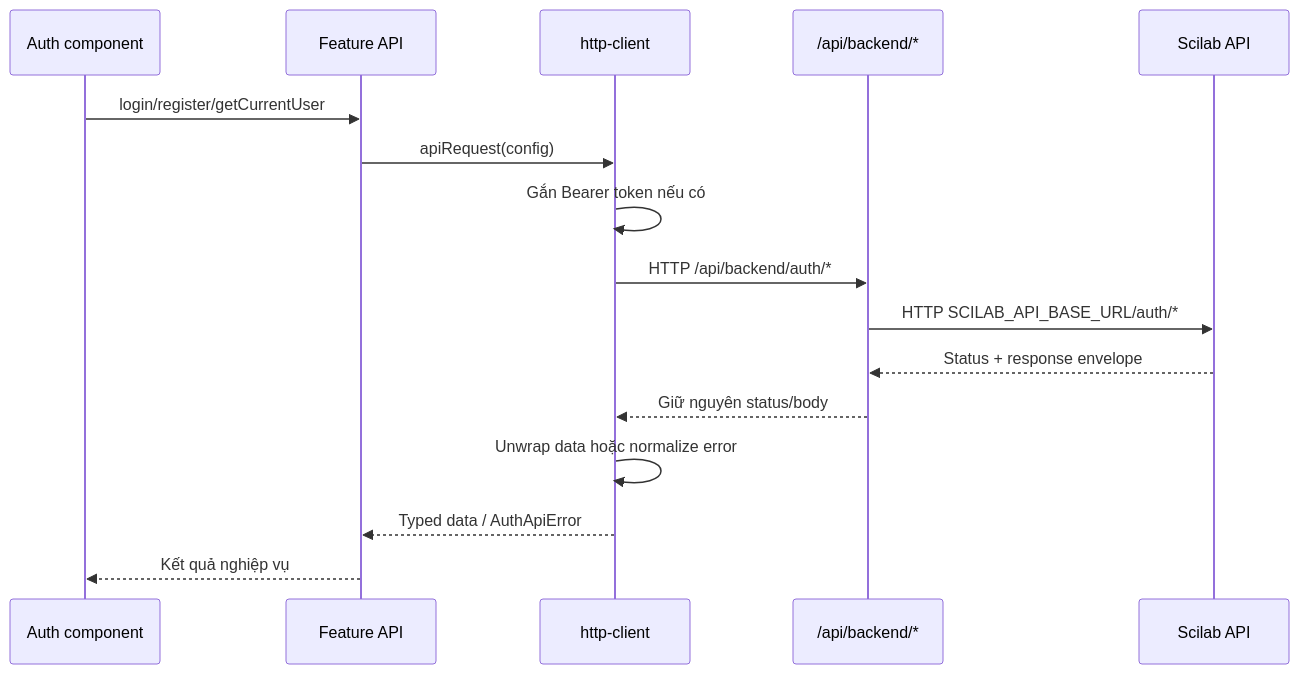
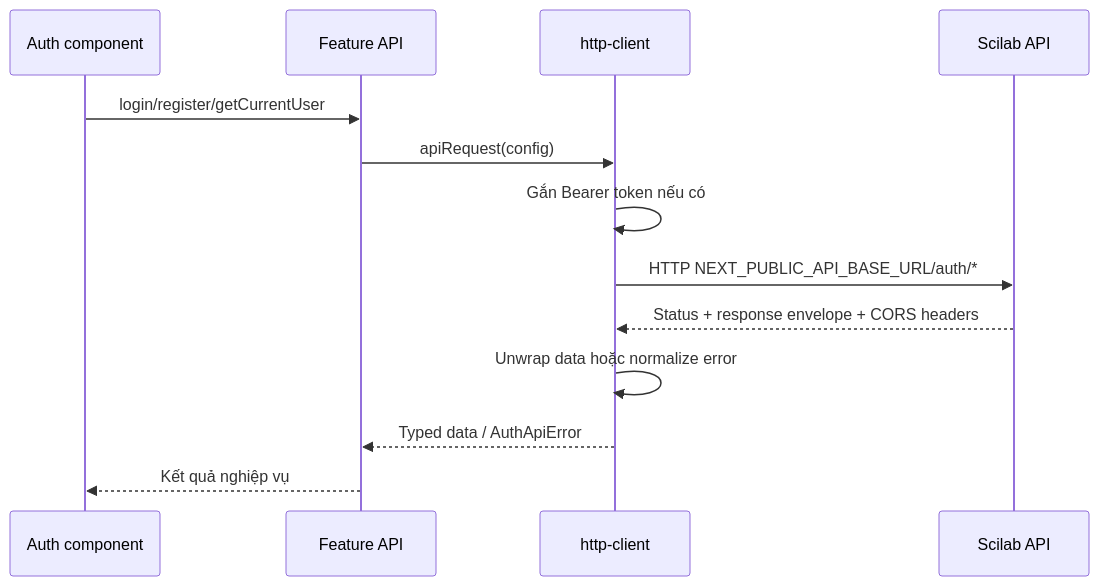
One commit to Scilab-alpha/Scilab changed the first of 4 diagrams in apps/web/docs/feature-based-architecture-and-auth.md. Above: the diagram before and after it, drawn with Mermaid. The commit also changed other lines of this file and 6 other files, not shown here.

Commit message:
fix(auth): remove BFF and use CORS

````diff
--- a/apps/web/docs/feature-based-architecture-and-auth.md
+++ b/apps/web/docs/feature-based-architecture-and-auth.md
@@ -108,19 +107,16 @@
 ```mermaid
 sequenceDiagram
     participant UI as Auth component
     participant API as Feature API
     participant Axios as http-client
-    participant BFF as /api/backend/*
     participant BE as Scilab API
 
     UI->>API: login/register/getCurrentUser
     API->>Axios: apiRequest(config)
     Axios->>Axios: Gắn Bearer token nếu có
-    Axios->>BFF: HTTP /api/backend/auth/*
-    BFF->>BE: HTTP SCILAB_API_BASE_URL/auth/*
-    BE-->>BFF: Status + response envelope
-    BFF-->>Axios: Giữ nguyên status/body
+    Axios->>BE: HTTP NEXT_PUBLIC_API_BASE_URL/auth/*
+    BE-->>Axios: Status + response envelope + CORS headers
     Axios->>Axios: Unwrap data hoặc normalize error
     Axios-->>API: Typed data / AuthApiError
     API-->>UI: Kết quả nghiệp vụ
 ```
````
